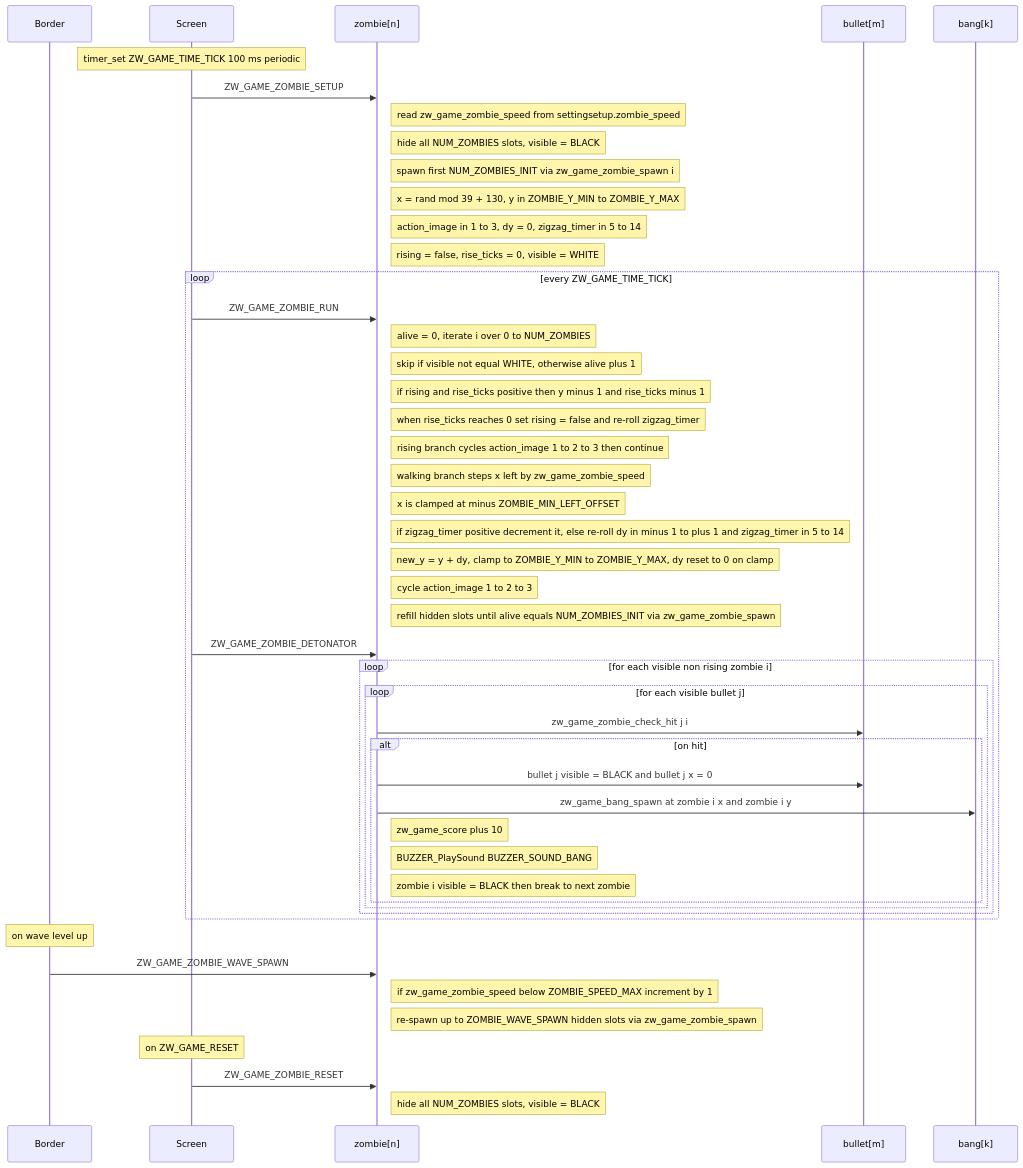
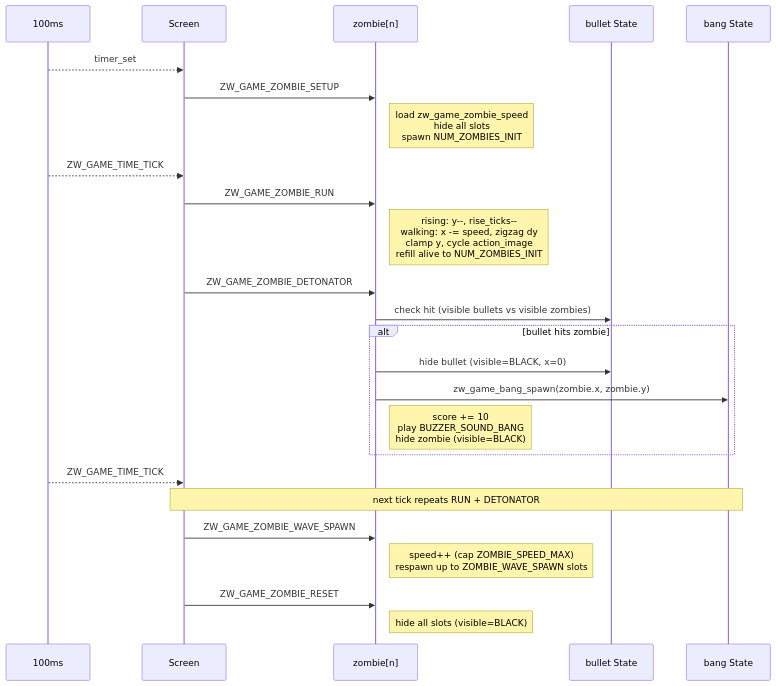
Before and after one commit to caotrongphuoc/mini-clock: the diagram in docs/object_sequence.md, drawn with Mermaid.

Commit message:
[UPDATE] zombie's sequence

````diff
--- a/docs/object_sequence.md
+++ b/docs/object_sequence.md
@@ -45,56 +45,33 @@
 ```mermaid
 sequenceDiagram
-    participant Border
+    participant Timer as 100ms
     participant Screen
     participant Zombie as zombie[n]
-    participant Bullet as bullet[m]
-    participant Bang as bang[k]
+    participant Bullet as bullet State
+    participant Bang as bang State
 
-    Note over Screen: timer_set ZW_GAME_TIME_TICK 100 ms periodic
+    Timer-->>Screen: timer_set
+    Screen->>Zombie: ZW_GAME_ZOMBIE_SETUP
+    Note right of Zombie: load zw_game_zombie_speed<br/>hide all slots<br/>spawn NUM_ZOMBIES_INIT
 
-    Screen->>Zombie: ZW_GAME_ZOMBIE_SETUP
-    Note right of Zombie: read zw_game_zombie_speed from settingsetup.zombie_speed
-    Note right of Zombie: hide all NUM_ZOMBIES slots, visible = BLACK
-    Note right of Zombie: spawn first NUM_ZOMBIES_INIT via zw_game_zombie_spawn i
-    Note right of Zombie: x = rand mod 39 + 130, y in ZOMBIE_Y_MIN to ZOMBIE_Y_MAX
-    Note right of Zombie: action_image in 1 to 3, dy = 0, zigzag_timer in 5 to 14
-    Note right of Zombie: rising = false, rise_ticks = 0, visible = WHITE
+    Timer-->>Screen: ZW_GAME_TIME_TICK
+    Screen->>Zombie: ZW_GAME_ZOMBIE_RUN
+    Note right of Zombie: rising: y--, rise_ticks--<br/>walking: x -= speed, zigzag dy<br/>clamp y, cycle action_image<br/>refill alive to NUM_ZOMBIES_INIT
 
-    loop every ZW_GAME_TIME_TICK
-        Screen->>Zombie: ZW_GAME_ZOMBIE_RUN
-        Note right of Zombie: alive = 0, iterate i over 0 to NUM_ZOMBIES
-        Note right of Zombie: skip if visible not equal WHITE, otherwise alive plus 1
-        Note right of Zombie: if rising and rise_ticks positive then y minus 1 and rise_ticks minus 1
-        Note right of Zombie: when rise_ticks reaches 0 set rising = false and re-roll zigzag_timer
-        Note right of Zombie: rising branch cycles action_image 1 to 2 to 3 then continue
-        Note right of Zombie: walking branch steps x left by zw_game_zombie_speed
-        Note right of Zombie: x is clamped at minus ZOMBIE_MIN_LEFT_OFFSET
-        Note right of Zombie: if zigzag_timer positive decrement it, else re-roll dy in minus 1 to plus 1 and zigzag_timer in 5 to 14
-        Note right of Zombie: new_y = y + dy, clamp to ZOMBIE_Y_MIN to ZOMBIE_Y_MAX, dy reset to 0 on clamp
-        Note right of Zombie: cycle action_image 1 to 2 to 3
-        Note right of Zombie: refill hidden slots until alive equals NUM_ZOMBIES_INIT via zw_game_zombie_spawn
-
-        Screen->>Zombie: ZW_GAME_ZOMBIE_DETONATOR
-        loop for each visible non rising zombie i
-            loop for each visible bullet j
-                Zombie->>Bullet: zw_game_zombie_check_hit j i
-                alt on hit
-                    Zombie->>Bullet: bullet j visible = BLACK and bullet j x = 0
-                    Zombie->>Bang: zw_game_bang_spawn at zombie i x and zombie i y
-                    Note right of Zombie: zw_game_score plus 10
-                    Note right of Zombie: BUZZER_PlaySound BUZZER_SOUND_BANG
-                    Note right of Zombie: zombie i visible = BLACK then break to next zombie
-                end
-            end
-        end
+    Screen->>Zombie: ZW_GAME_ZOMBIE_DETONATOR
+    Zombie->>Bullet: check hit (visible bullets vs visible zombies)
+    alt bullet hits zombie
+        Zombie->>Bullet: hide bullet (visible=BLACK, x=0)
+        Zombie->>Bang: zw_game_bang_spawn(zombie.x, zombie.y)
+        Note right of Zombie: score += 10<br/>play BUZZER_SOUND_BANG<br/>hide zombie (visible=BLACK)
     end
 
-    Note over Border: on wave level up
-    Border->>Zombie: ZW_GAME_ZOMBIE_WAVE_SPAWN
-    Note right of Zombie: if zw_game_zombie_speed below ZOMBIE_SPEED_MAX increment by 1
-    Note right of Zombie: re-spawn up to ZOMBIE_WAVE_SPAWN hidden slots via zw_game_zombie_spawn
+    Timer-->>Screen: ZW_GAME_TIME_TICK
+    Note over Screen,Bang: next tick repeats RUN + DETONATOR
 
-    Note over Screen: on ZW_GAME_RESET
+    Screen->>Zombie: ZW_GAME_ZOMBIE_WAVE_SPAWN
+    Note right of Zombie: speed++ (cap ZOMBIE_SPEED_MAX)<br/>respawn up to ZOMBIE_WAVE_SPAWN slots
+
     Screen->>Zombie: ZW_GAME_ZOMBIE_RESET
-    Note right of Zombie: hide all NUM_ZOMBIES slots, visible = BLACK
+    Note right of Zombie: hide all slots (visible=BLACK)
 ```
````
